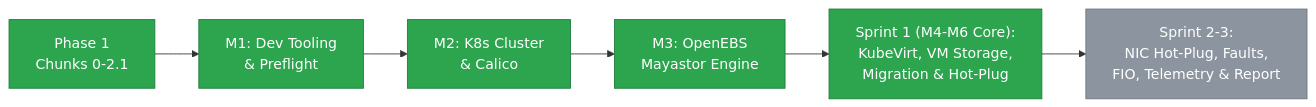
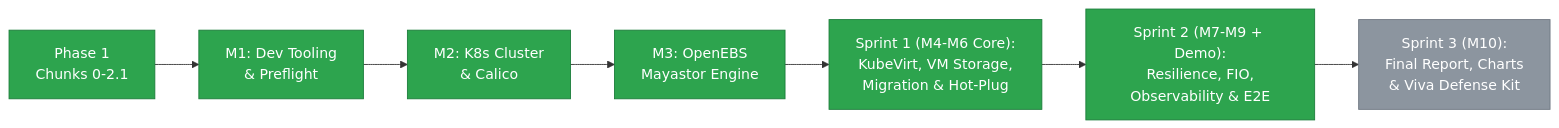
Before and after one commit to Swapnil220705/k8s-high-performance-storage: the second of 2 diagrams in README.md, drawn with Mermaid. The commit also changed other lines of this file and 8 other files, not shown here.

Commit message:
docs(sprint2): add resilience, FIO, observability, and demo guides and sync project state

````diff
--- a/README.md
+++ b/README.md
@@ -250,14 +257,15 @@
 ```mermaid
 flowchart LR
     P1["Phase 1<br/>Chunks 0-2.1"] --> M1["M1: Dev Tooling<br/>& Preflight"]
     M1 --> M2["M2: K8s Cluster<br/>& Calico"]
     M2 --> M3["M3: OpenEBS<br/>Mayastor Engine"]
-    M3 --> M4["Sprint 1 (M4-M6 Core):<br/>KubeVirt, VM Storage,<br/>Migration & Hot-Plug"]
-    M4 --> M7["Sprint 2-3:<br/>NIC Hot-Plug, Faults,<br/>FIO, Telemetry & Report"]
+    M3 --> S1["Sprint 1 (M4-M6 Core):<br/>KubeVirt, VM Storage,<br/>Migration & Hot-Plug"]
+    S1 --> S2["Sprint 2 (M7-M9 + Demo):<br/>Resilience, FIO,<br/>Observability & E2E"]
+    S2 --> S3["Sprint 3 (M10):<br/>Final Report, Charts<br/>& Viva Defense Kit"]
 
     classDef done fill:#2da44e,stroke:#1b7c3a,color:#fff;
     classDef pending fill:#8c959f,stroke:#6e7781,color:#fff;
 
-    class P1,M1,M2,M3,M4 done;
-    class M7 pending;
+    class P1,M1,M2,M3,S1,S2 done;
+    class S3 pending;
 ```
````
